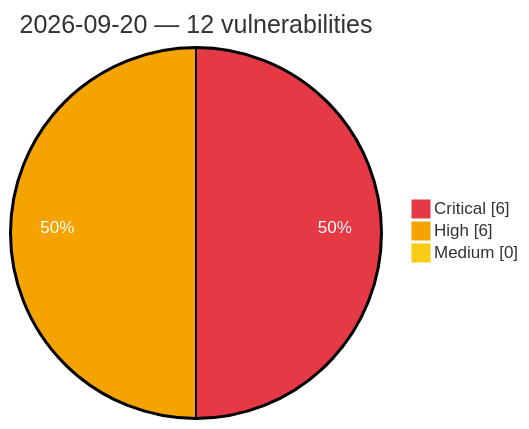
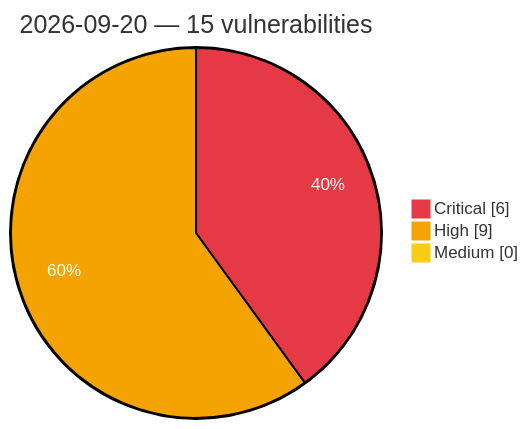
The diagram in vulnerabilities/2026/September/2026-09-20.md (GhostX0X/vuln-tracker), drawn with Mermaid before and after one commit. The commit also changed other lines of this file and 5 other files, not shown here.

````diff
--- a/vulnerabilities/2026/September/2026-09-20.md
+++ b/vulnerabilities/2026/September/2026-09-20.md
@@ -3,8 +3,8 @@
 ```mermaid
 %%{init: {'theme':'base', 'themeVariables': {'pie1':'#e63946', 'pie2':'#f4a300', 'pie3':'#facc15', 'pieOpacity':'1', 'pieOuterStrokeWidth':'2px', 'pieSectionTextColor':'#ffffff'}}}%%
 pie showData
-    title 2026-09-20 — 12 vulnerabilities
+    title 2026-09-20 — 15 vulnerabilities
     "Critical" : 6
-    "High" : 6
+    "High" : 9
     "Medium" : 0
 ```
````
